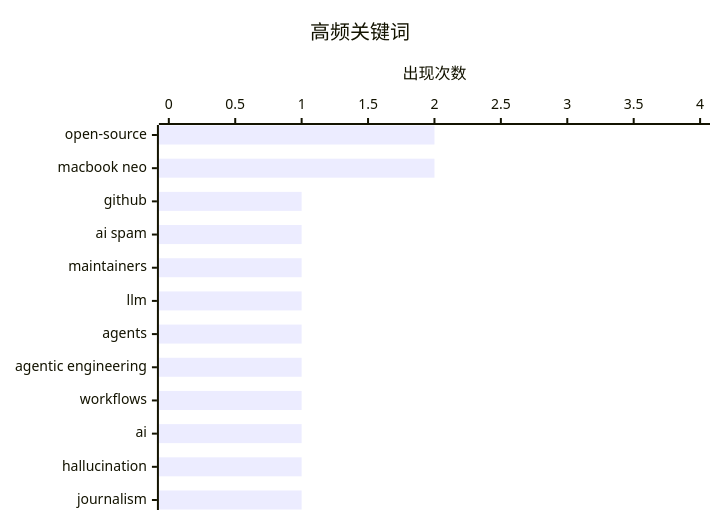
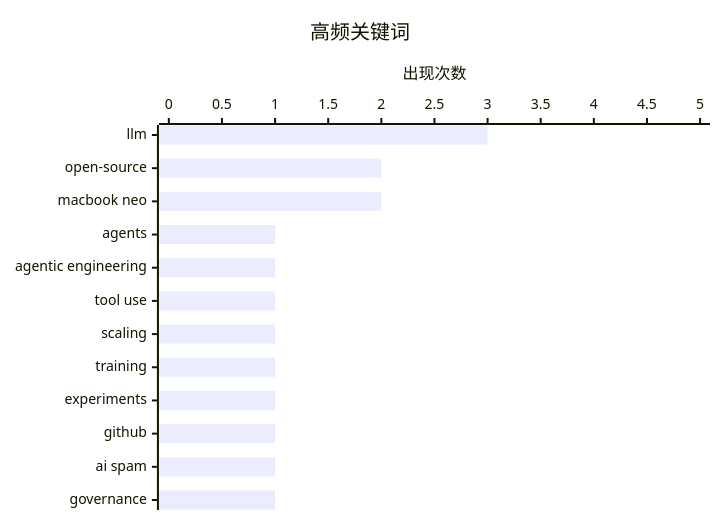
The second of 2 diagrams in content/ai-daily/2026-03-15.md (originem0/SZBlog), drawn with Mermaid before and after one commit. The commit also changed other lines of this file, not shown here.

````diff
--- a/content/ai-daily/2026-03-15.md
+++ b/content/ai-daily/2026-03-15.md
@@ -66,7 +65,7 @@
 ```mermaid
 xychart-beta horizontal
     title "高频关键词"
-    x-axis ["open-source", "macbook neo", "github", "ai spam", "maintainers", "llm", "agents", "agentic engineering", "workflows", "ai", "hallucination", "journalism"]
-    y-axis "出现次数" 0 --> 4
-    bar [2, 2, 1, 1, 1, 1, 1, 1, 1, 1, 1, 1]
+    x-axis ["llm", "open-source", "macbook neo", "agents", "agentic engineering", "tool use", "scaling", "training", "experiments", "github", "ai spam", "governance"]
+    y-axis "出现次数" 0 --> 5
+    bar [3, 2, 2, 1, 1, 1, 1, 1, 1, 1, 1, 1]
 ```
````
